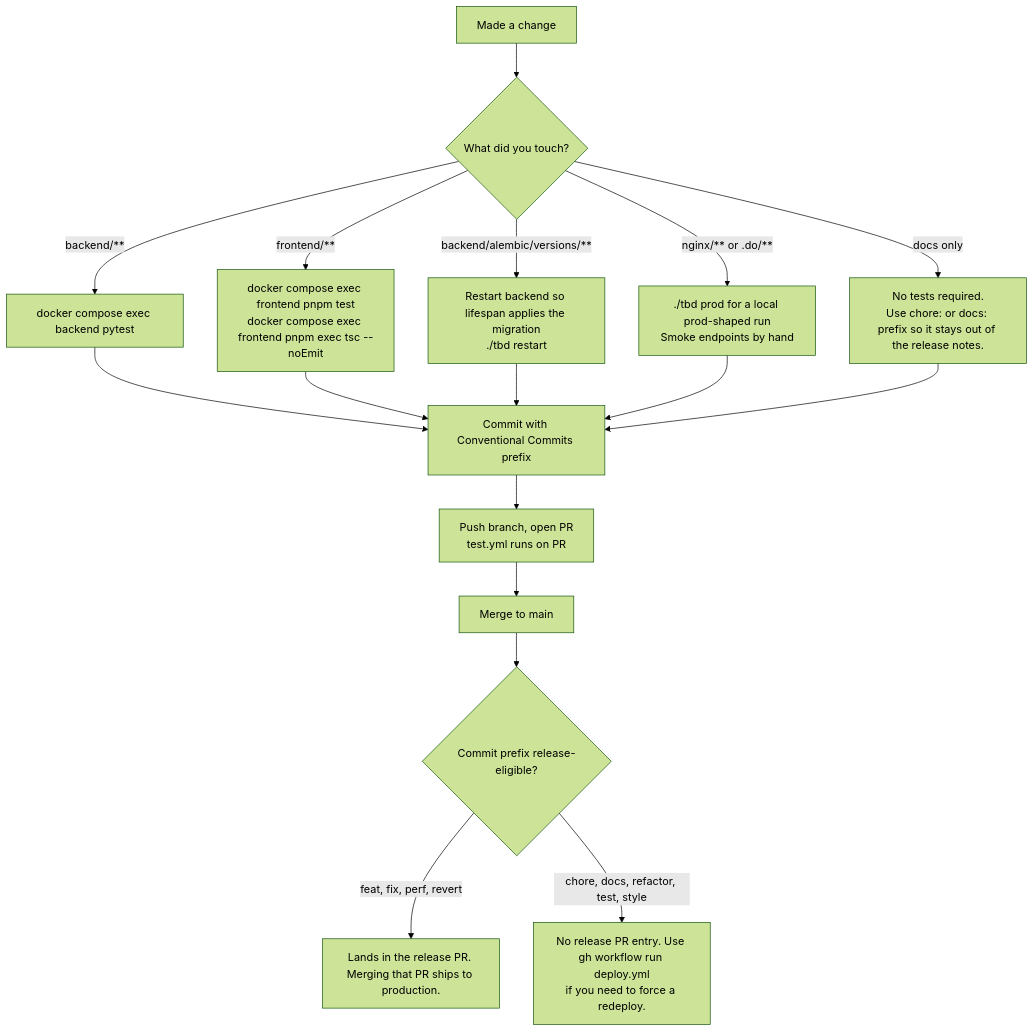
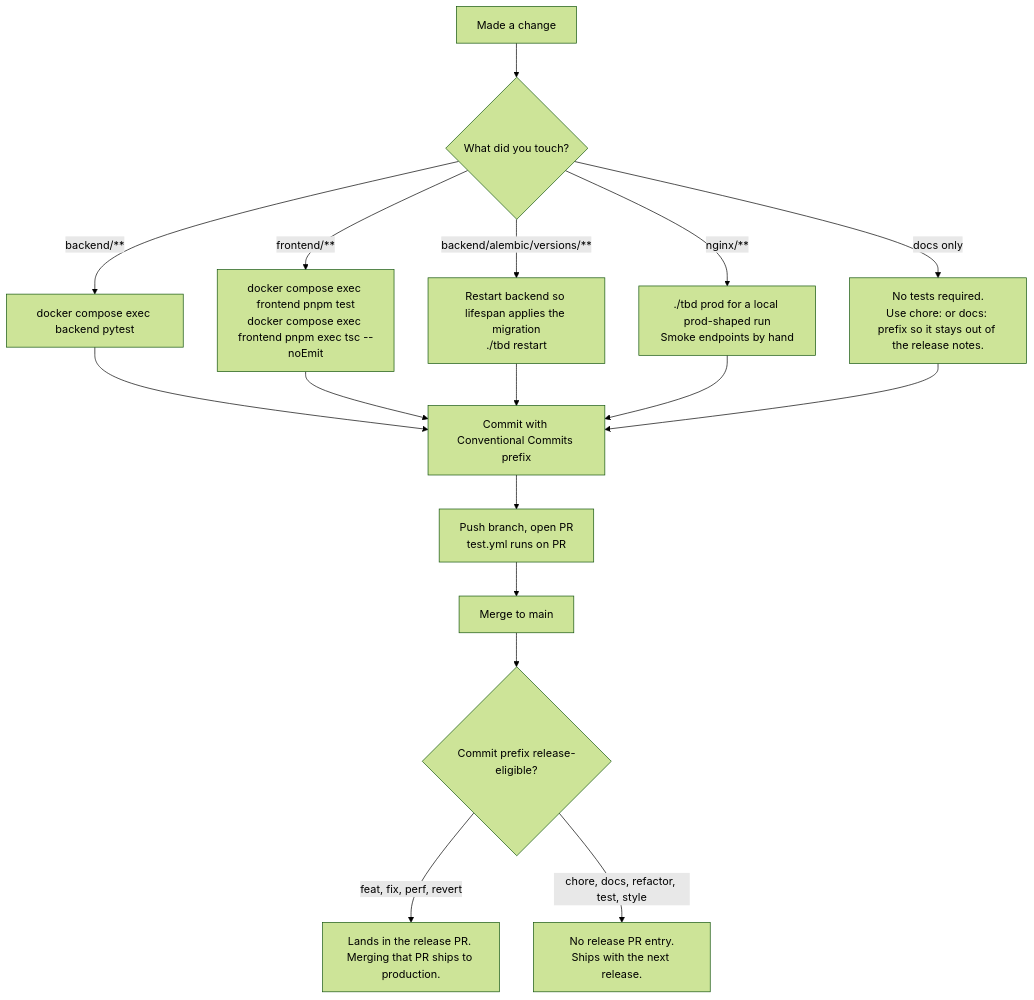
The diagram in CONTRIBUTING.md (fjcloudaiconsulting/tbd), drawn with Mermaid (forest theme) before and after one commit. The commit also changed other lines of this file and 102 other files, not shown here.

````diff
--- a/CONTRIBUTING.md
+++ b/CONTRIBUTING.md
@@ -51,19 +51,19 @@
 ```mermaid
 flowchart TD
     A[Made a change] --> B{What did you touch?}
     B -->|backend/**| C[docker compose exec backend pytest]
     B -->|frontend/**| D[docker compose exec frontend pnpm test<br/>docker compose exec frontend pnpm exec tsc --noEmit]
     B -->|backend/alembic/versions/**| E[Restart backend so lifespan applies the migration<br/>./tbd restart]
-    B -->|nginx/** or .do/**| F[./tbd prod for a local prod-shaped run<br/>Smoke endpoints by hand]
+    B -->|nginx/**| F[./tbd prod for a local prod-shaped run<br/>Smoke endpoints by hand]
     B -->|docs only| G[No tests required.<br/>Use chore: or docs: prefix so it stays out of the release notes.]
     C --> H[Commit with Conventional Commits prefix]
     D --> H
     E --> H
     F --> H
     G --> H
     H --> I[Push branch, open PR<br/>test.yml runs on PR]
     I --> J[Merge to main]
     J --> K{Commit prefix release-eligible?}
     K -->|feat, fix, perf, revert| L[Lands in the release PR. Merging that PR ships to production.]
-    K -->|chore, docs, refactor, test, style| M[No release PR entry. Use gh workflow run deploy.yml<br/>if you need to force a redeploy.]
+    K -->|chore, docs, refactor, test, style| M[No release PR entry.<br/>Ships with the next release.]
 ```
````
